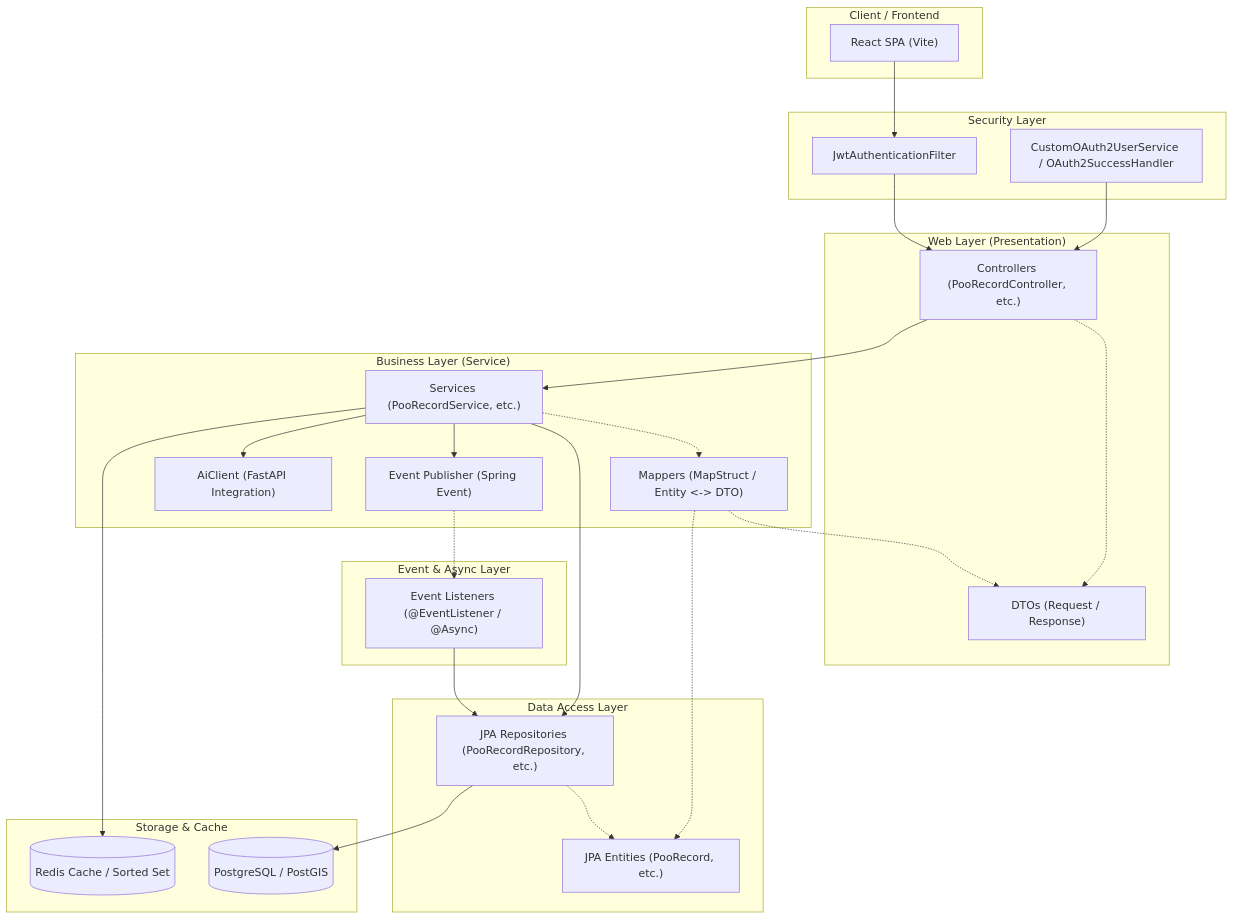
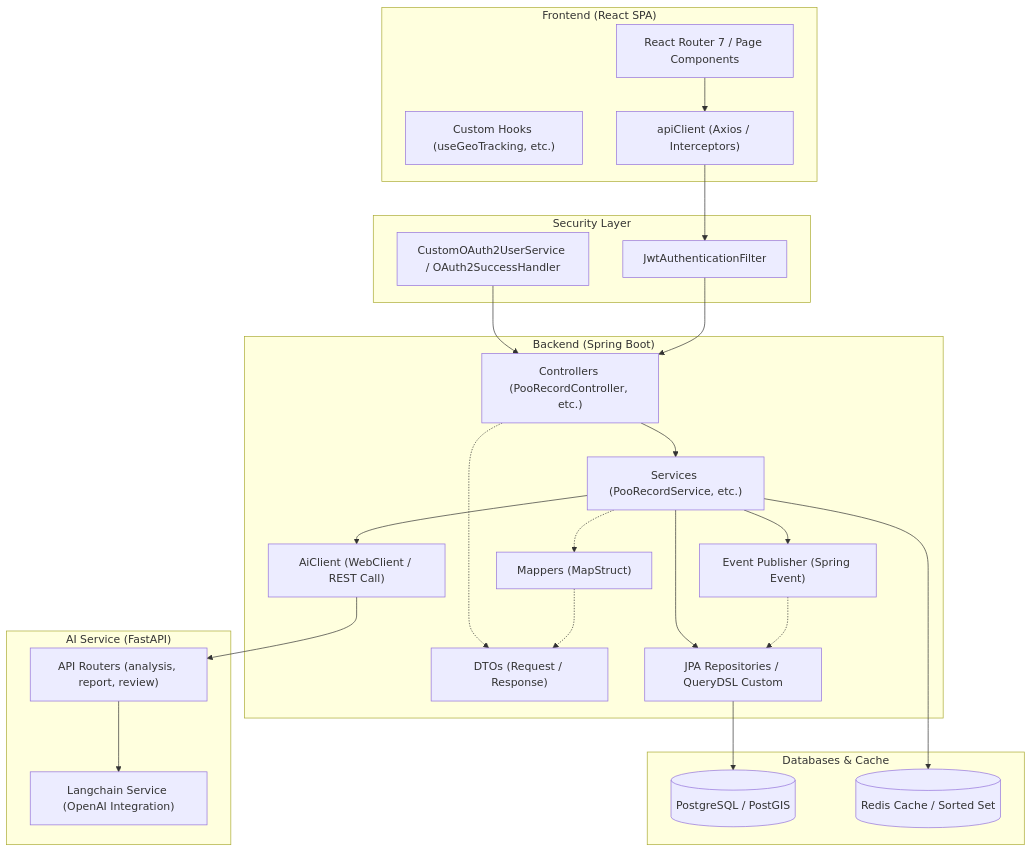
One commit to hayohio-bit/daypoo-refactor changed the first of 2 diagrams in docs/Project_Architecture_Blueprint.md. Above: the diagram before and after it, drawn with Mermaid. The commit also changed other lines of this file, not shown here.

Commit message:
docs: add project architecture blueprint documentation

````diff
--- a/docs/Project_Architecture_Blueprint.md
+++ b/docs/Project_Architecture_Blueprint.md
@@ -39,55 +38,51 @@
 ```mermaid
 graph TD
-    subgraph Client ["Client / Frontend"]
-        SPA["React SPA (Vite)"]
+    subgraph Frontend_App ["Frontend (React SPA)"]
+        React["React Router 7 / Page Components"]
+        Hooks["Custom Hooks (useGeoTracking, etc.)"]
+        ClientAPI["apiClient (Axios / Interceptors)"]
     end
 
     subgraph Security_Layer ["Security Layer"]
         Filter["JwtAuthenticationFilter"]
         OAuth["CustomOAuth2UserService / OAuth2SuccessHandler"]
     end
 
-    subgraph Web_Layer ["Web Layer (Presentation)"]
+    subgraph Backend_App ["Backend (Spring Boot)"]
         Controller["Controllers (PooRecordController, etc.)"]
         DTO["DTOs (Request / Response)"]
+        Service["Services (PooRecordService, etc.)"]
+        Mapper["Mappers (MapStruct)"]
+        Event["Event Publisher (Spring Event)"]
+        AIClient["AiClient (WebClient / REST Call)"]
+        Repo["JPA Repositories / QueryDSL Custom"]
     end
 
-    subgraph Business_Layer ["Business Layer (Service)"]
-        Service["Services (PooRecordService, etc.)"]
-        Mapper["Mappers (MapStruct / Entity <-> DTO)"]
-        Event["Event Publisher (Spring Event)"]
-        AI["AiClient (FastAPI Integration)"]
+    subgraph AI_Service_App ["AI Service (FastAPI)"]
+        Router["API Routers (analysis, report, review)"]
+        LChain["Langchain Service (OpenAI Integration)"]
     end
 
-    subgraph Event_Layer ["Event & Async Layer"]
-        Listener["Event Listeners (@EventListener / @Async)"]
+    subgraph Databases ["Databases & Cache"]
+        DB[(PostgreSQL / PostGIS)]
+        Redis[(Redis Cache / Sorted Set)]
     end
 
-    subgraph Data_Access_Layer ["Data Access Layer"]
-        Repo["JPA Repositories (PooRecordRepository, etc.)"]
-        Entity["JPA Entities (PooRecord, etc.)"]
-    end
-
-    subgraph External_Storage ["Storage & Cache"]
-        DB[(PostgreSQL / PostGIS)]
-        Cache[(Redis Cache / Sorted Set)]
-    end
-
-    %% Flow
-    SPA --> Filter
+    %% Flow lines
+    React --> ClientAPI
+    ClientAPI --> Filter
+    OAuth --> Controller
     Filter --> Controller
-    OAuth --> Controller
     Controller -.-> DTO
     Controller --> Service
     Service -.-> Mapper
     Mapper -.-> DTO
-    Mapper -.-> Entity
     Service --> Repo
     Service --> Event
-    Service --> AI
-    Event -.-> Listener
-    Listener --> Repo
-    Repo -.-> Entity
+    Service --> AIClient
+    Service --> Redis
+    AIClient --> Router
+    Router --> LChain
     Repo --> DB
-    Service --> Cache
+    Event -.-> Repo
 ```
````
